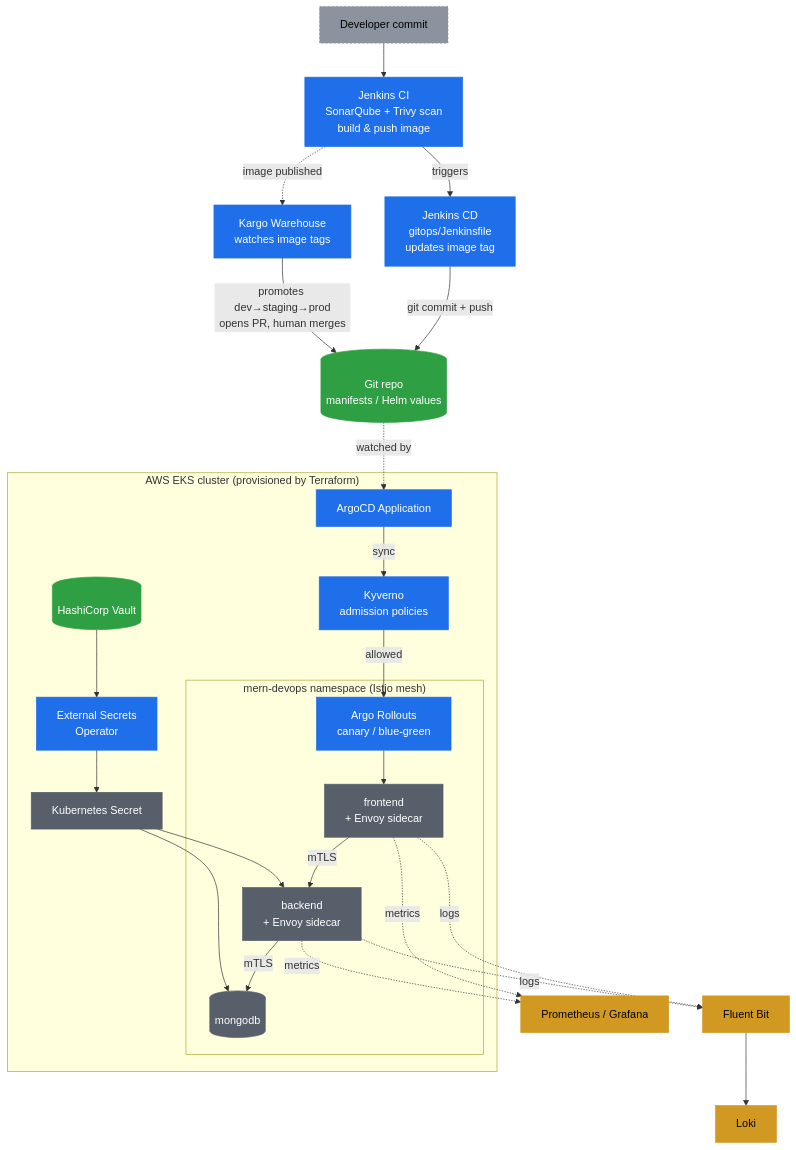
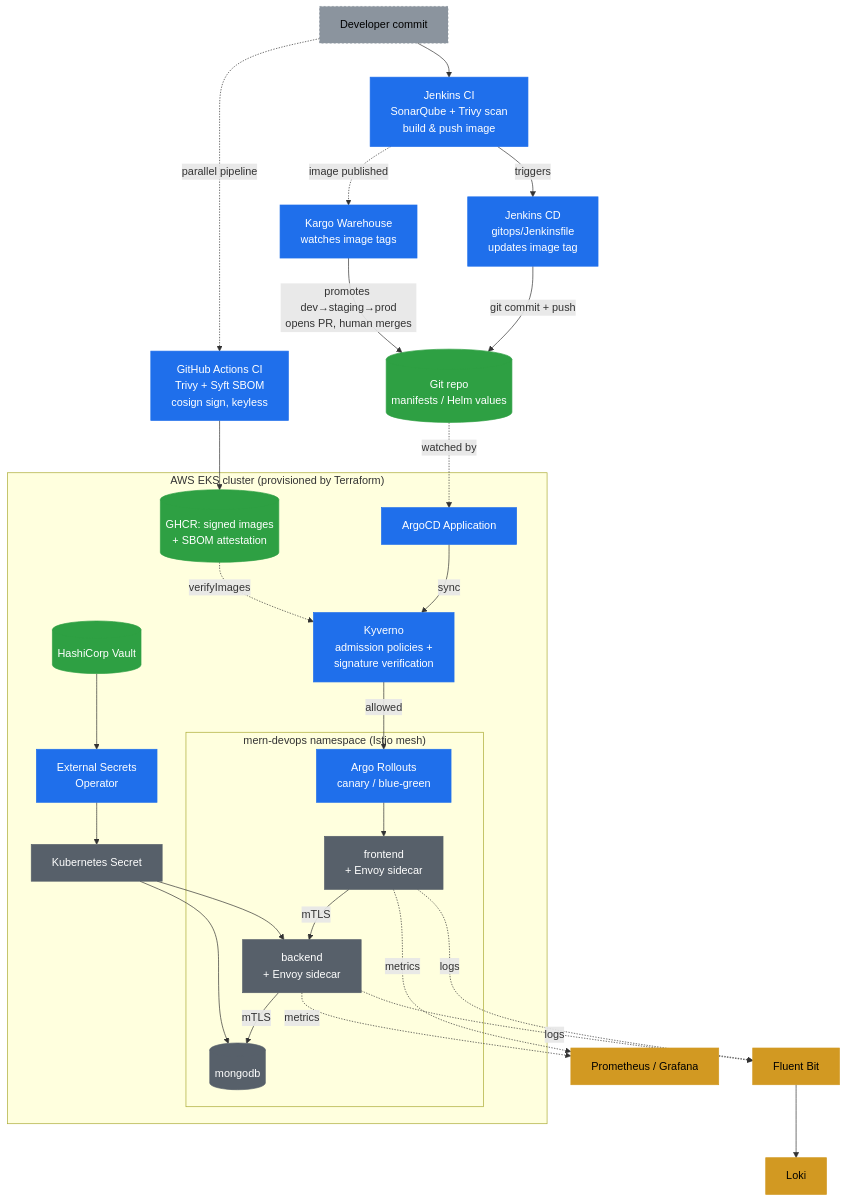
Before and after one commit to atkaridarshan04/cloudnative-devops-blueprint: the second of 2 diagrams in README.md, drawn with Mermaid. The commit also changed other lines of this file and 1 other file, not shown here.

````diff
--- a/README.md
+++ b/README.md
@@ -155,42 +165,46 @@
 ```mermaid
 flowchart TD
     Dev[Developer commit] --> CI[Jenkins CI<br/>SonarQube + Trivy scan<br/>build & push image]
     CI -->|triggers| CD[Jenkins CD<br/>gitops/Jenkinsfile<br/>updates image tag]
     CD -->|git commit + push| Git[(Git repo<br/>manifests / Helm values)]
     Git -.->|watched by| ArgoApp[ArgoCD Application]
 
     CI -.->|image published| Kargo[Kargo Warehouse<br/>watches image tags]
     Kargo -->|promotes dev→staging→prod<br/>opens PR, human merges| Git
 
+    Dev -.->|parallel pipeline| GHA[GitHub Actions CI<br/>Trivy + Syft SBOM<br/>cosign sign, keyless]
+    GHA --> GHCR[(GHCR: signed images<br/>+ SBOM attestation)]
+
     subgraph "AWS EKS cluster (provisioned by Terraform)"
-        ArgoApp -->|sync| Kyverno[Kyverno<br/>admission policies]
+        ArgoApp -->|sync| Kyverno[Kyverno<br/>admission policies +<br/>signature verification]
+        GHCR -.->|verifyImages| Kyverno
         Kyverno -->|allowed| Rollout[Argo Rollouts<br/>canary / blue-green]
 
         subgraph "mern-devops namespace (Istio mesh)"
             Rollout --> FE[frontend<br/>+ Envoy sidecar]
             FE -->|mTLS| BE[backend<br/>+ Envoy sidecar]
             BE -->|mTLS| DB[(mongodb)]
         end
 
         Vault[(HashiCorp Vault)] --> ESO[External Secrets<br/>Operator] --> Secret[Kubernetes Secret]
         Secret --> BE
         Secret --> DB
     end
 
     FE -.->|metrics| Prom[Prometheus / Grafana]
     BE -.->|metrics| Prom
     FE -.->|logs| Fluent[Fluent Bit] --> Loki[Loki]
     BE -.->|logs| Fluent
 
     classDef controller fill:#1f6feb,color:#fff,stroke:#1f6feb
     classDef store fill:#2ea043,color:#fff,stroke:#2ea043
     classDef workload fill:#57606a,color:#fff,stroke:#57606a
     classDef external fill:#8b949e,color:#000,stroke:#8b949e,stroke-dasharray: 3 3
     classDef observability fill:#d29922,color:#000,stroke:#d29922
 
     class Dev external
-    class CI,CD,ArgoApp,Kyverno,Rollout,ESO,Kargo controller
-    class Git,Vault store
+    class CI,CD,ArgoApp,Kyverno,Rollout,ESO,Kargo,GHA controller
+    class Git,Vault,GHCR store
     class FE,BE,DB,Secret workload
     class Prom,Fluent,Loki observability
 ```
````
